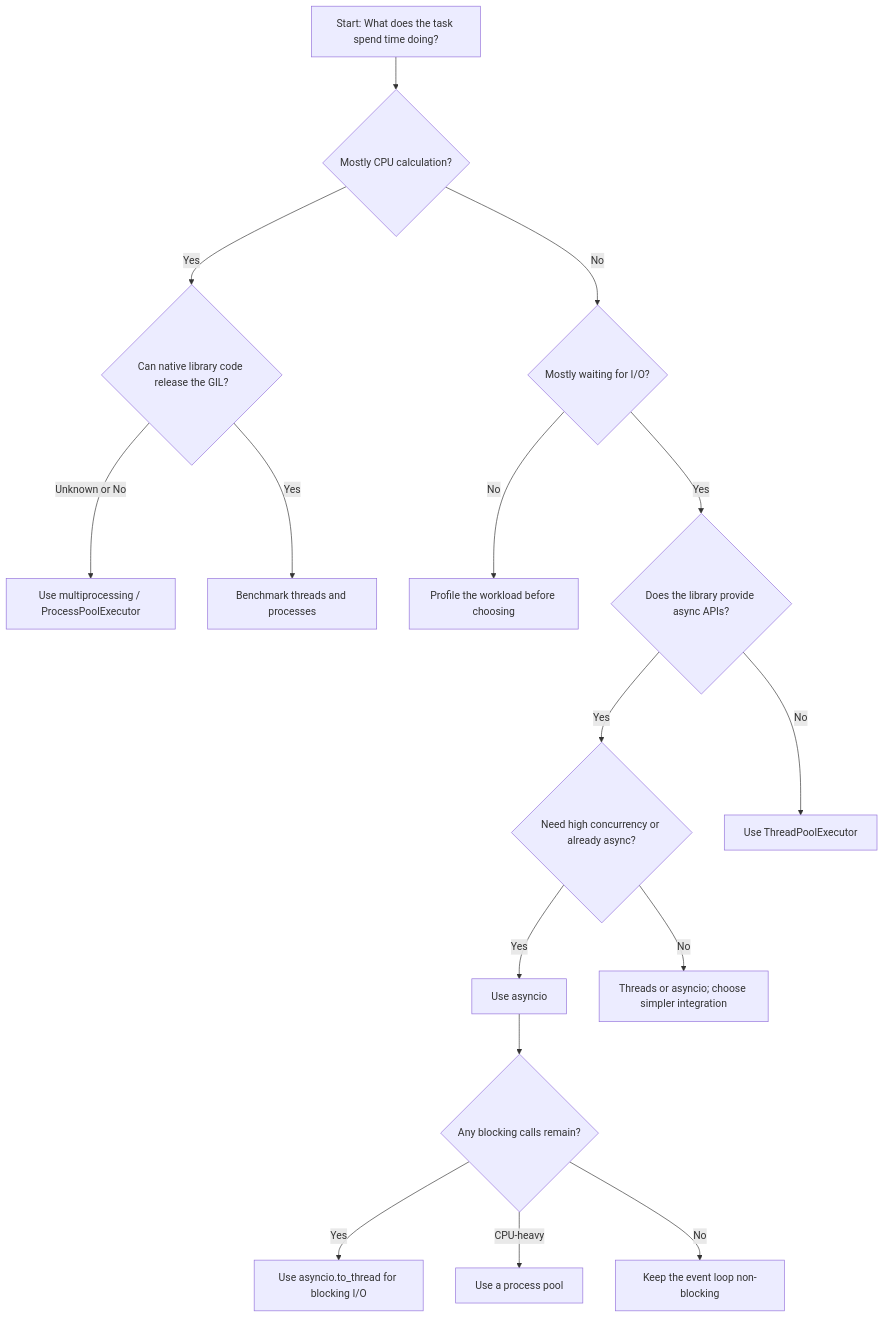
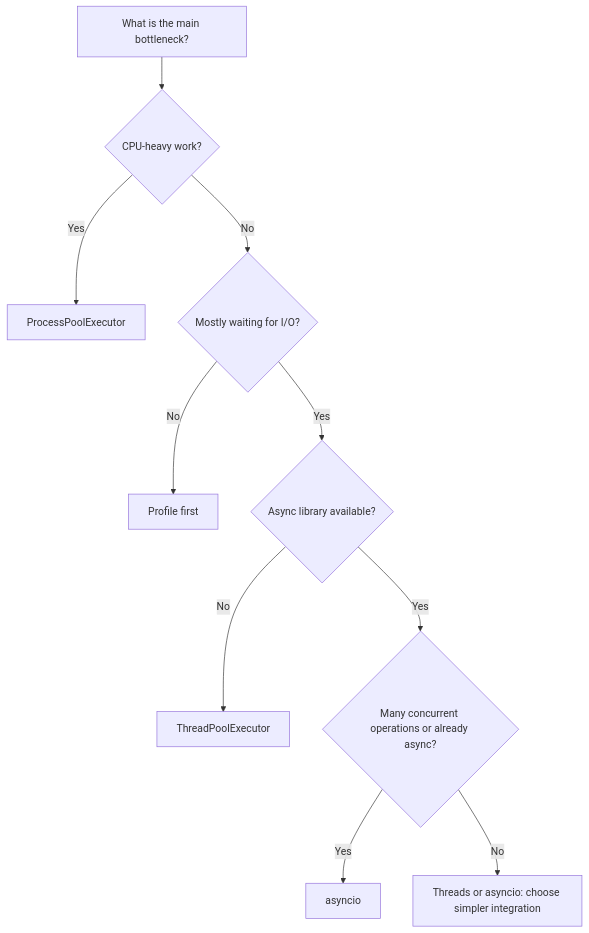
One commit to AvadhBhalodiya/Interview-Preparation changed the first of 7 diagrams in src/content/python/threading-multiprocessing-asyncio.md. Above: the diagram before and after it, drawn with Mermaid. The commit also changed other lines of this file and 80 other files, not shown here.

````diff
--- a/src/content/python/threading-multiprocessing-asyncio.md
+++ b/src/content/python/threading-multiprocessing-asyncio.md
@@ -25,22 +26,12 @@
 ```mermaid
 flowchart TD
-    A[Start: What does the task spend time doing?] --> B{Mostly CPU calculation?}
-    B -- Yes --> C{Can native library code release the GIL?}
-    C -- Unknown or No --> D[Use multiprocessing / ProcessPoolExecutor]
-    C -- Yes --> E[Benchmark threads and processes]
-
-    B -- No --> F{Mostly waiting for I/O?}
-    F -- No --> G[Profile the workload before choosing]
-    F -- Yes --> H{Does the library provide async APIs?}
-
-    H -- Yes --> I{Need high concurrency or already async?}
-    I -- Yes --> J[Use asyncio]
-    I -- No --> K[Threads or asyncio; choose simpler integration]
-
-    H -- No --> L[Use ThreadPoolExecutor]
-
-    J --> M{Any blocking calls remain?}
-    M -- Yes --> N[Use asyncio.to_thread for blocking I/O]
-    M -- CPU-heavy --> O[Use a process pool]
-    M -- No --> P[Keep the event loop non-blocking]
+    A[What is the main bottleneck?] --> B{CPU-heavy work?}
+    B -- Yes --> C[ProcessPoolExecutor]
+    B -- No --> D{Mostly waiting for I/O?}
+    D -- No --> E[Profile first]
+    D -- Yes --> F{Async library available?}
+    F -- No --> G[ThreadPoolExecutor]
+    F -- Yes --> H{Many concurrent operations or already async?}
+    H -- Yes --> I[asyncio]
+    H -- No --> J[Threads or asyncio: choose simpler integration]
 ```
````
